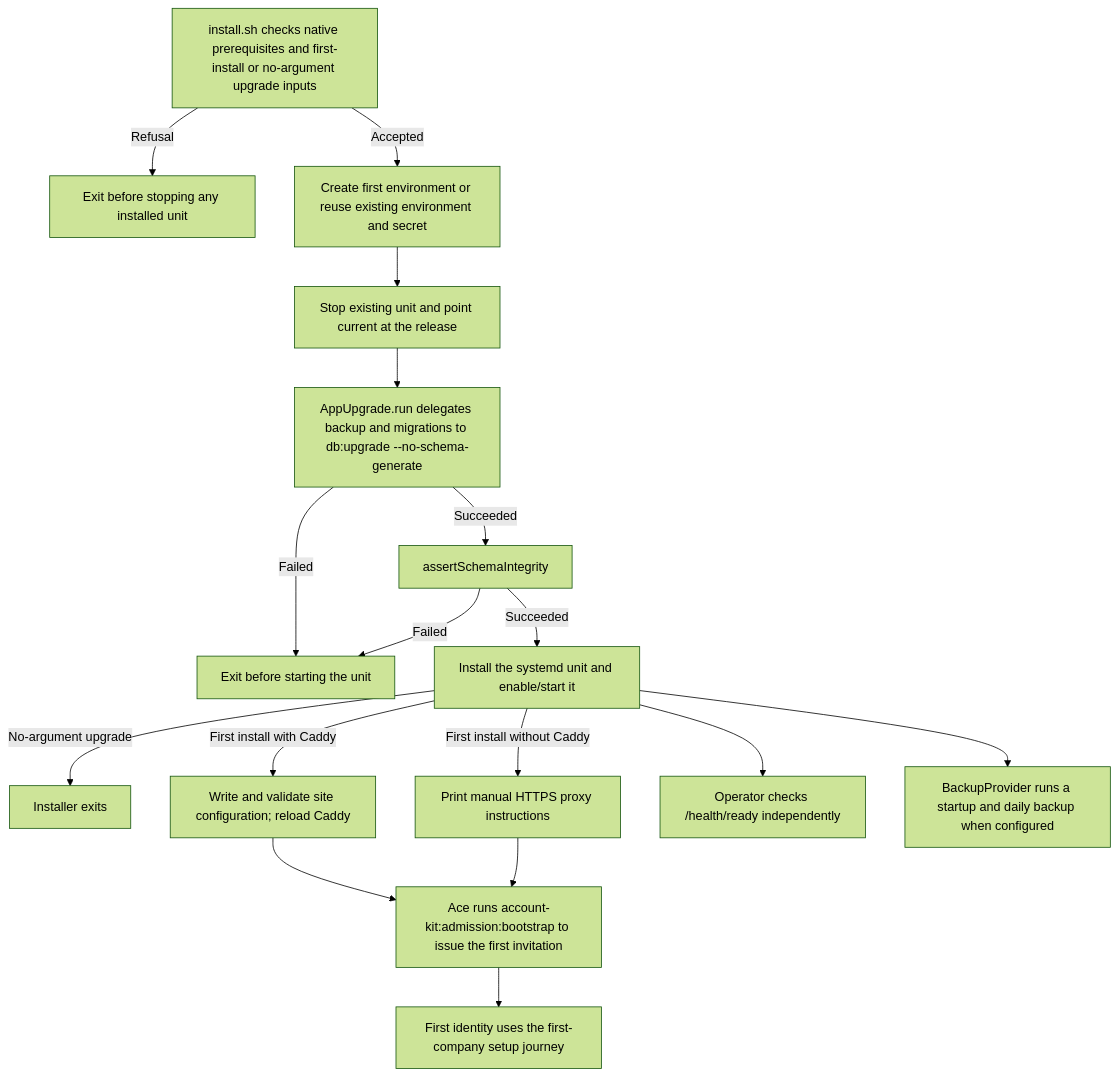
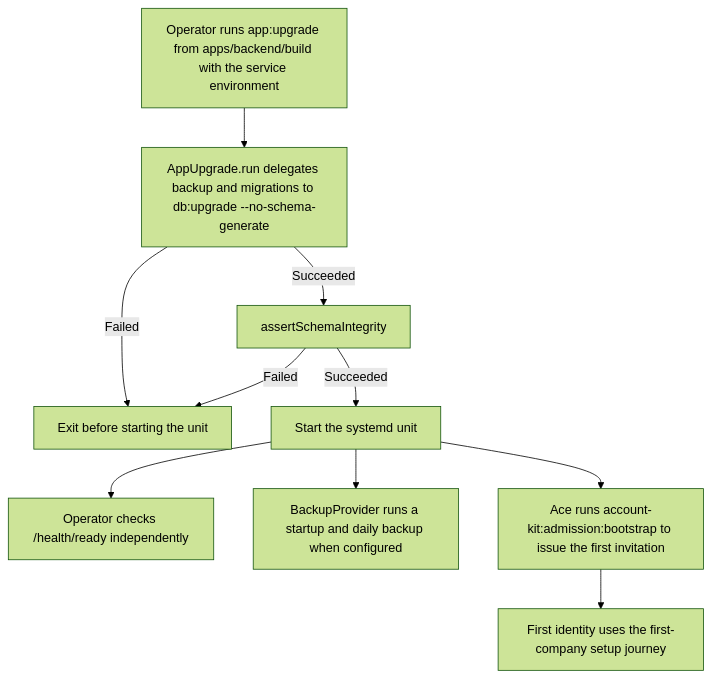
Before and after one commit to Kevinjohn/capacitylens: the second of 2 diagrams in user-stories/installation/US-INS-01-install-one-agency.md, drawn with Mermaid (forest theme). The commit also changed other lines of this file and 50 other files, not shown here.

First line of the commit message:
Build Docker images on release tags only and remove the Linux release archive

````diff
--- a/user-stories/installation/US-INS-01-install-one-agency.md
+++ b/user-stories/installation/US-INS-01-install-one-agency.md
@@ -37,19 +37,12 @@
 ```mermaid
 flowchart TD
-  start["install.sh checks native prerequisites and first-install or no-argument upgrade inputs"] -->|Refusal| preflight["Exit before stopping any installed unit"]
-  start -->|Accepted| env["Create first environment or reuse existing environment and secret"]
-  env --> stop["Stop existing unit and point current at the release"]
-  stop --> upgrade["AppUpgrade.run delegates backup and migrations to db:upgrade --no-schema-generate"]
+  start["Operator runs app:upgrade from apps/backend/build with the service environment"] --> upgrade["AppUpgrade.run delegates backup and migrations to db:upgrade --no-schema-generate"]
   upgrade -->|Succeeded| integrity["assertSchemaIntegrity"]
   upgrade -->|Failed| stopped["Exit before starting the unit"]
   integrity -->|Failed| stopped
-  integrity -->|Succeeded| service["Install the systemd unit and enable/start it"]
-  service -->|No-argument upgrade| exitUpgrade["Installer exits"]
-  service -->|First install with Caddy| caddy["Write and validate site configuration; reload Caddy"]
-  service -->|First install without Caddy| proxy["Print manual HTTPS proxy instructions"]
-  caddy --> bootstrap["Ace runs account-kit:admission:bootstrap to issue the first invitation"]
-  proxy --> bootstrap
+  integrity -->|Succeeded| service["Start the systemd unit"]
   service --> probe["Operator checks /health/ready independently"]
   service --> backup["BackupProvider runs a startup and daily backup when configured"]
+  service --> bootstrap["Ace runs account-kit:admission:bootstrap to issue the first invitation"]
   bootstrap --> boundary["First identity uses the first-company setup journey"]
 ```
````
